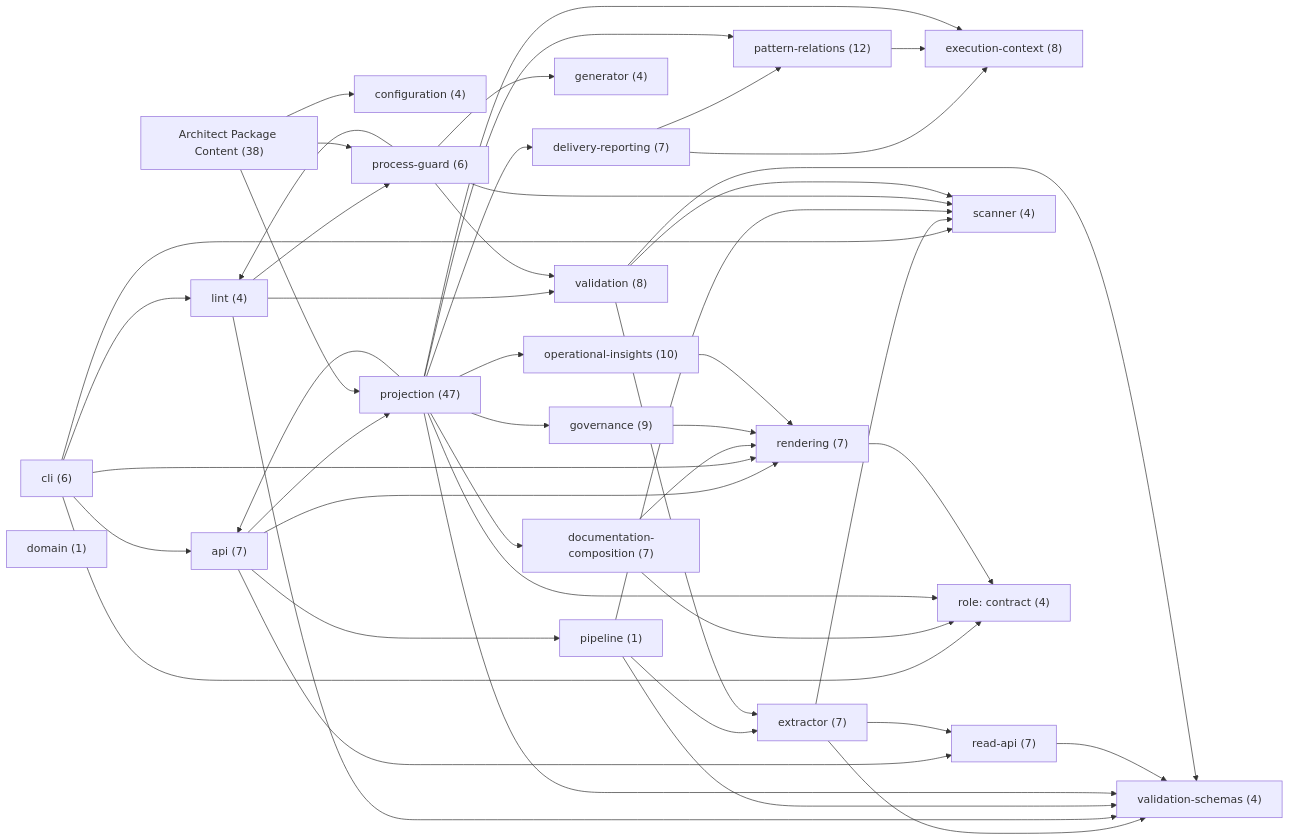
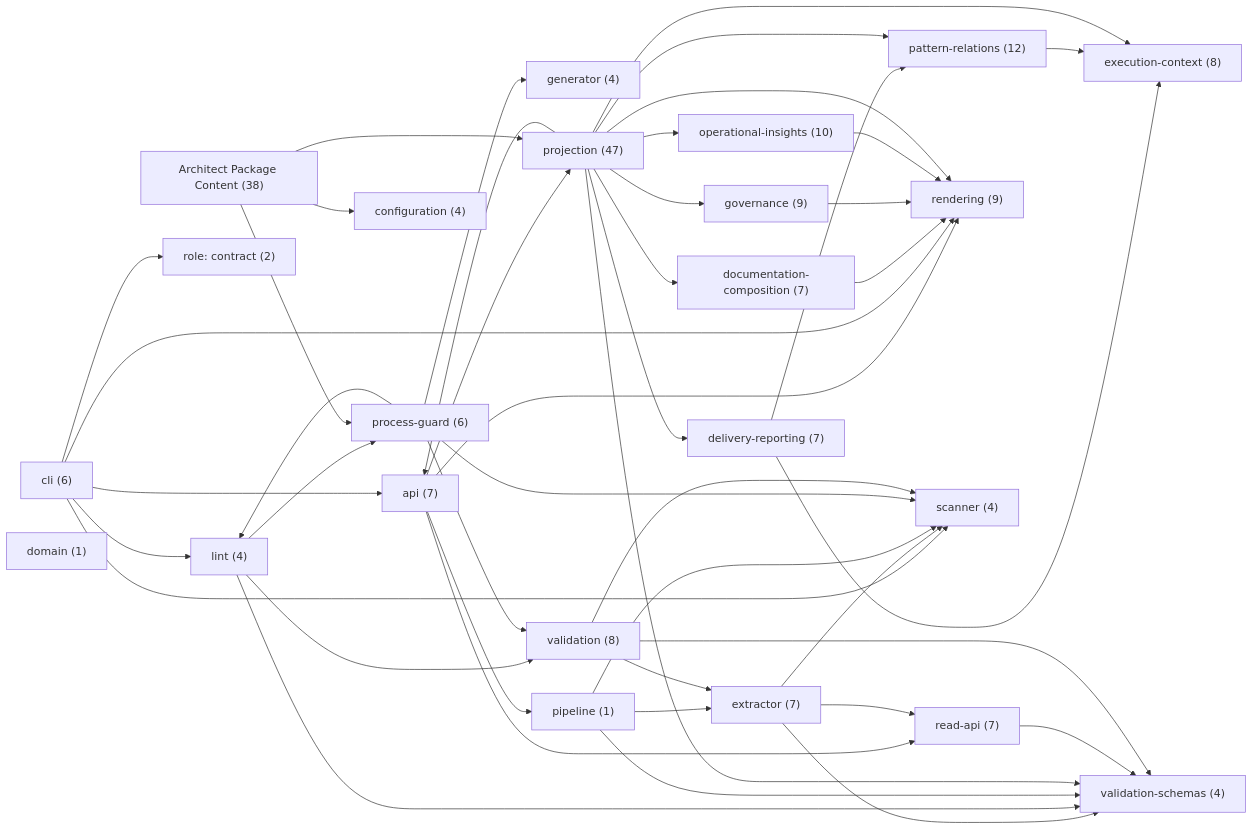
One commit to libar-dev/architect changed the first of 24 diagrams in docs-live/DESIGN-REVIEW.md. Above: the diagram before and after it, drawn with Mermaid. The commit also changed other lines of this file and 32 other files, not shown here.

````diff
--- a/docs-live/DESIGN-REVIEW.md
+++ b/docs-live/DESIGN-REVIEW.md
@@ -23,72 +24,70 @@
 ```mermaid
 graph LR
   api["api (7)"]
   cli["cli (6)"]
   configuration["configuration (4)"]
   delivery_reporting["delivery-reporting (7)"]
   documentation_composition["documentation-composition (7)"]
   domain["domain (1)"]
   execution_context["execution-context (8)"]
   extractor["extractor (7)"]
   generator["generator (4)"]
   governance["governance (9)"]
   lint["lint (4)"]
   operational_insights["operational-insights (10)"]
   pattern_relations["pattern-relations (12)"]
   pipeline["pipeline (1)"]
   process_guard["process-guard (6)"]
   projection["projection (47)"]
   read_api["read-api (7)"]
-  rendering["rendering (7)"]
+  rendering["rendering (9)"]
   scanner["scanner (4)"]
   validation["validation (8)"]
   validation_schemas["validation-schemas (4)"]
-  role_contract["role: contract (4)"]
+  role_contract["role: contract (2)"]
   pkg_architect_package_content["Architect Package Content (38)"]
   api --> pipeline
   api --> projection
   api --> read_api
   api --> rendering
   cli --> api
   cli --> lint
   cli --> rendering
   cli --> role_contract
   cli --> scanner
   delivery_reporting --> execution_context
   delivery_reporting --> pattern_relations
   documentation_composition --> rendering
-  documentation_composition --> role_contract
   extractor --> read_api
   extractor --> scanner
   extractor --> validation_schemas
   governance --> rendering
   lint --> process_guard
   lint --> validation
   lint --> validation_schemas
   operational_insights --> rendering
   pattern_relations --> execution_context
   pipeline --> extractor
   pipeline --> scanner
   pipeline --> validation_schemas
   pkg_architect_package_content --> configuration
   pkg_architect_package_content --> process_guard
   pkg_architect_package_content --> projection
   process_guard --> generator
   process_guard --> lint
   process_guard --> scanner
   process_guard --> validation
   projection --> api
   projection --> delivery_reporting
   projection --> documentation_composition
   projection --> execution_context
   projection --> governance
   projection --> operational_insights
   projection --> pattern_relations
-  projection --> role_contract
+  projection --> rendering
   projection --> validation_schemas
   read_api --> validation_schemas
-  rendering --> role_contract
   validation --> extractor
   validation --> scanner
   validation --> validation_schemas
 ```
````
